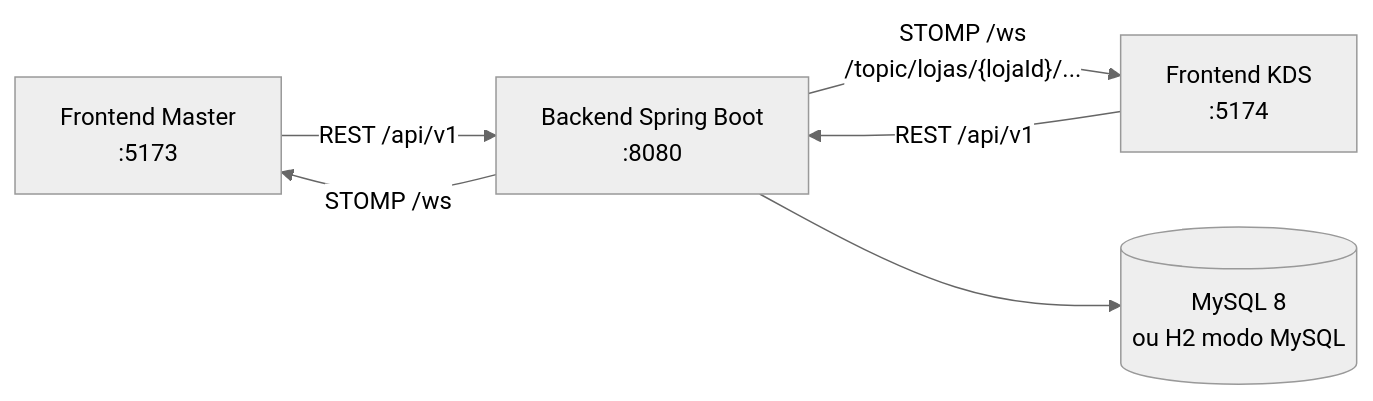
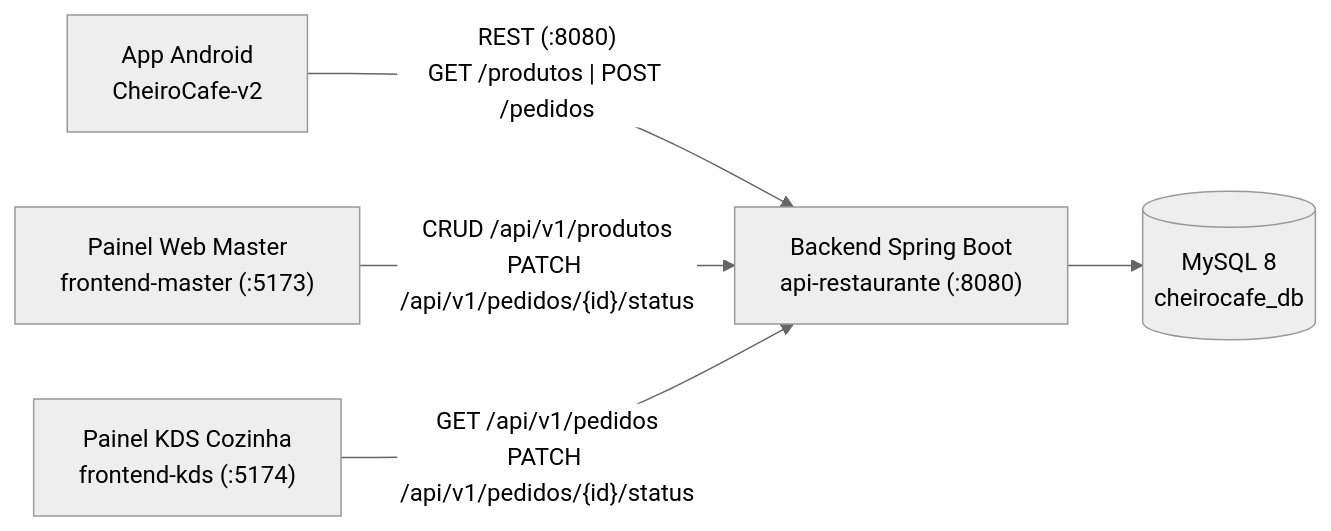
One commit to izaac-Martins/OrderFlow-Web changed the diagram in README.md. Above: the diagram before and after it, drawn with Mermaid (neutral theme). The commit also changed other lines of this file and 166 other files, not shown here.

Commit message:
feat(ecosystem): estrutura ecossistema completo com backend, web/kds, android e readme de homologacao

````diff
--- a/README.md
+++ b/README.md
@@ -21,8 +28,7 @@
 ```mermaid
 flowchart LR
-    M["Frontend Master<br/>:5173"] -- "REST /api/v1" --> B["Backend Spring Boot<br/>:8080"]
-    K["Frontend KDS<br/>:5174"] -- "REST /api/v1" --> B
-    B -- "STOMP /ws<br/>/topic/lojas/{lojaId}/..." --> K
-    B -- "STOMP /ws" --> M
-    B --> D[("MySQL 8<br/>ou H2 modo MySQL")]
+    A["App Android<br/>CheiroCafe-v2"] -- "REST (:8080)<br/>GET /produtos | POST /pedidos" --> B["Backend Spring Boot<br/>api-restaurante (:8080)"]
+    M["Painel Web Master<br/>frontend-master (:5173)"] -- "CRUD /api/v1/produtos<br/>PATCH /api/v1/pedidos/{id}/status" --> B
+    K["Painel KDS Cozinha<br/>frontend-kds (:5174)"] -- "GET /api/v1/pedidos<br/>PATCH /api/v1/pedidos/{id}/status" --> B
+    B --> DB[("MySQL 8<br/>cheirocafe_db")]
 ```
````
